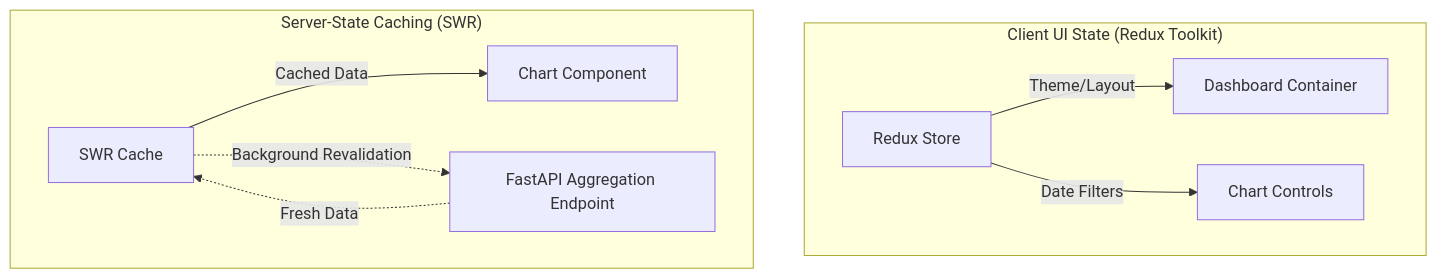
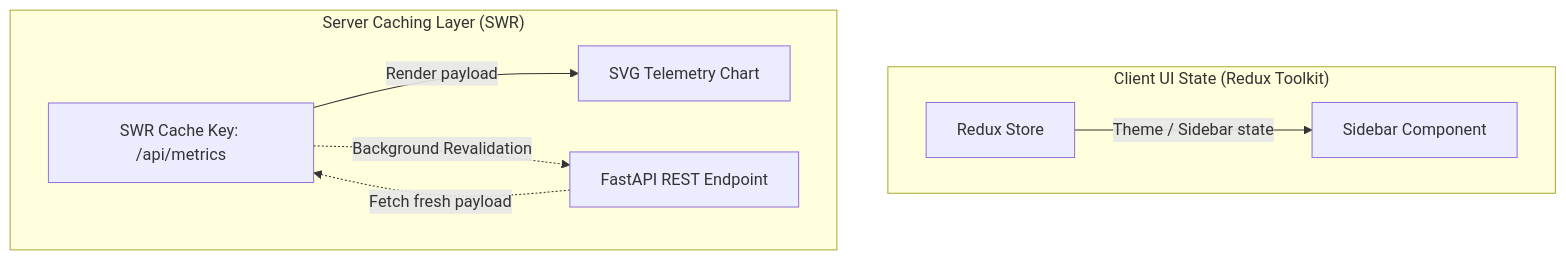
The diagram in 02_react_redux_swr_dashboard/01_react_dashboard_rendering_state.md (AD0791/interviewprep), drawn with Mermaid before and after one commit. The commit also changed other lines of this file and 7 other files, not shown here.

````diff
--- a/02_react_redux_swr_dashboard/01_react_dashboard_rendering_state.md
+++ b/02_react_redux_swr_dashboard/01_react_dashboard_rendering_state.md
@@ -18,13 +21,12 @@
 ```mermaid
 graph TD
     subgraph UI ["Client UI State (Redux Toolkit)"]
-        RTK[Redux Store] -->|Theme/Layout| C1[Dashboard Container]
-        RTK -->|Date Filters| C2[Chart Controls]
+        RTK[Redux Store] -->|Theme / Sidebar state| Sidebar[Sidebar Component]
     end
 
-    subgraph Server ["Server-State Caching (SWR)"]
-        SWR[SWR Cache] -->|Cached Data| ChartWidget[Chart Component]
-        SWR -. Background Revalidation .-> API[FastAPI Aggregation Endpoint]
-        API -. Fresh Data .-> SWR
+    subgraph Server ["Server Caching Layer (SWR)"]
+        SWR[SWR Cache Key: /api/metrics] -->|Render payload| Chart[SVG Telemetry Chart]
+        SWR -. Background Revalidation .-> API[FastAPI REST Endpoint]
+        API -. Fetch fresh payload .-> SWR
     end
 ```
````
